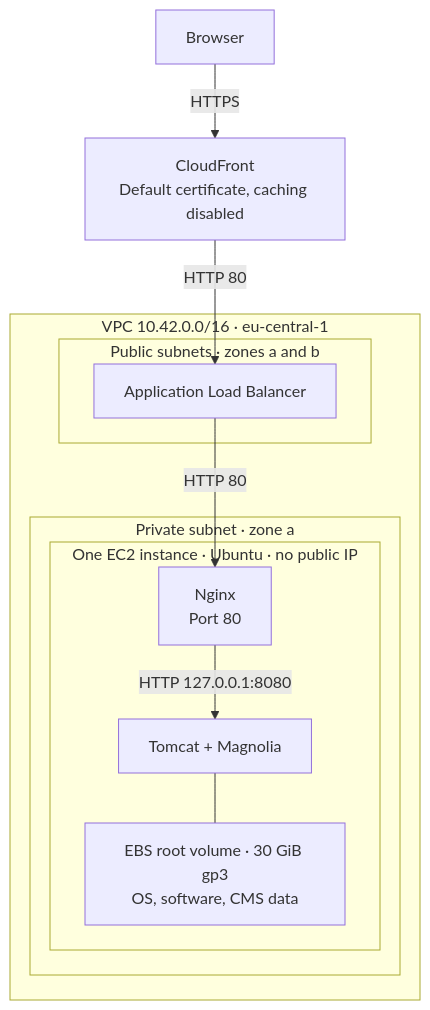
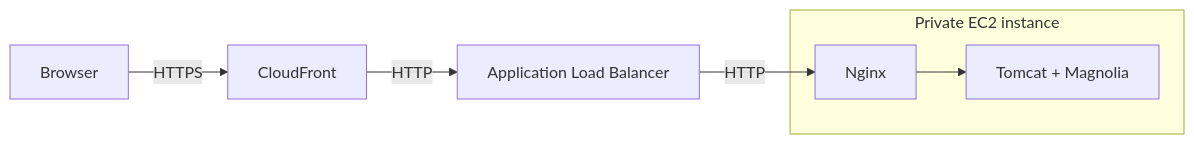
The diagram in README.md (amanya/Crescendo-DevOps-exam), drawn with Mermaid before and after one commit. The commit also changed other lines of this file and 4 other files, not shown here.

````diff
--- a/README.md
+++ b/README.md
@@ -17,17 +9,9 @@
 ```mermaid
-flowchart TD
-    Browser[Browser] -->|HTTPS| CF["CloudFront<br/>Default certificate, caching disabled"]
-    CF -->|HTTP 80| ALB
-    subgraph VPC["VPC 10.42.0.0/16 · eu-central-1"]
-        subgraph Public["Public subnets · zones a and b"]
-            ALB[Application Load Balancer]
-        end
-        subgraph PrivateA["Private subnet · zone a"]
-            subgraph EC2["One EC2 instance · Ubuntu · no public IP"]
-                Nginx["Nginx<br/>Port 80"] -->|HTTP 127.0.0.1:8080| CMS["Tomcat + Magnolia"]
-                CMS --- Disk["EBS root volume · 30 GiB gp3<br/>OS, software, CMS data"]
-            end
-        end
-        ALB -->|HTTP 80| Nginx
+flowchart LR
+    Browser -->|HTTPS| CloudFront
+    CloudFront -->|HTTP| ALB[Application Load Balancer]
+    subgraph EC2[Private EC2 instance]
+        Nginx --> Magnolia[Tomcat + Magnolia]
     end
+    ALB -->|HTTP| Nginx
 ```
````
